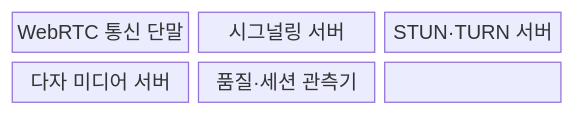
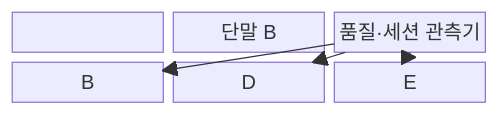
Before and after one commit to agnusdei1207/knowledge-base: the first of 2 diagrams in src/content/docs/notes/04-network/109_webrtc.md, drawn with Mermaid. The commit also changed other lines of this file and 16 other files, not shown here.

````diff
--- a/src/content/docs/notes/04-network/109_webrtc.md
+++ b/src/content/docs/notes/04-network/109_webrtc.md
@@ -60,11 +59,10 @@
 ```mermaid
-block-beta
+block
     columns 3
-    A["WebRTC 통신 단말"]
-    B["시그널링 서버"]
-    C["STUN·TURN 서버"]
-    D["다자 미디어 서버"]
-    E["품질·세션 관측기"]
-    A --- B --- C
-    C --- D --- E
+    A["단말 A"] --> B["시그널링 서버"] --> C["단말 B"]
+    A --> D["STUN·TURN 서버"] --> C
+    A --> E["SFU·MCU 서버"] --> C
+    F["품질·세션 관측기"] --> B
+    F --> D
+    F --> E
 ```
````
